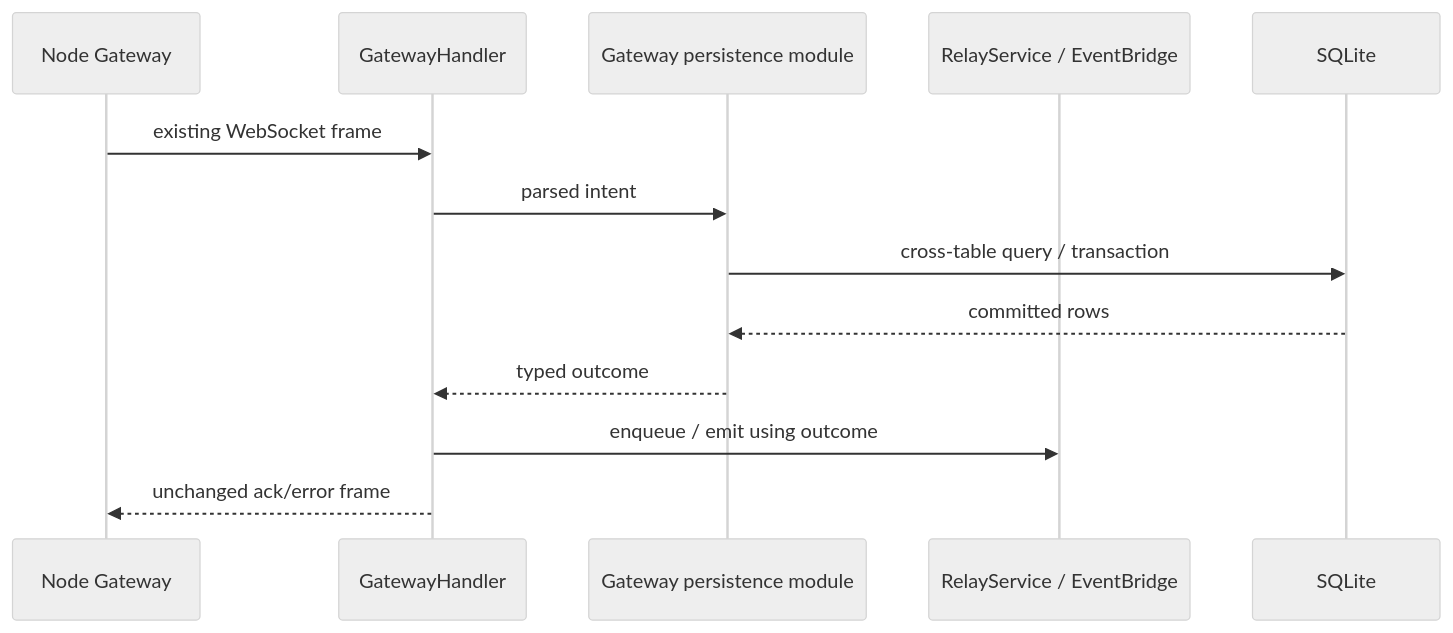
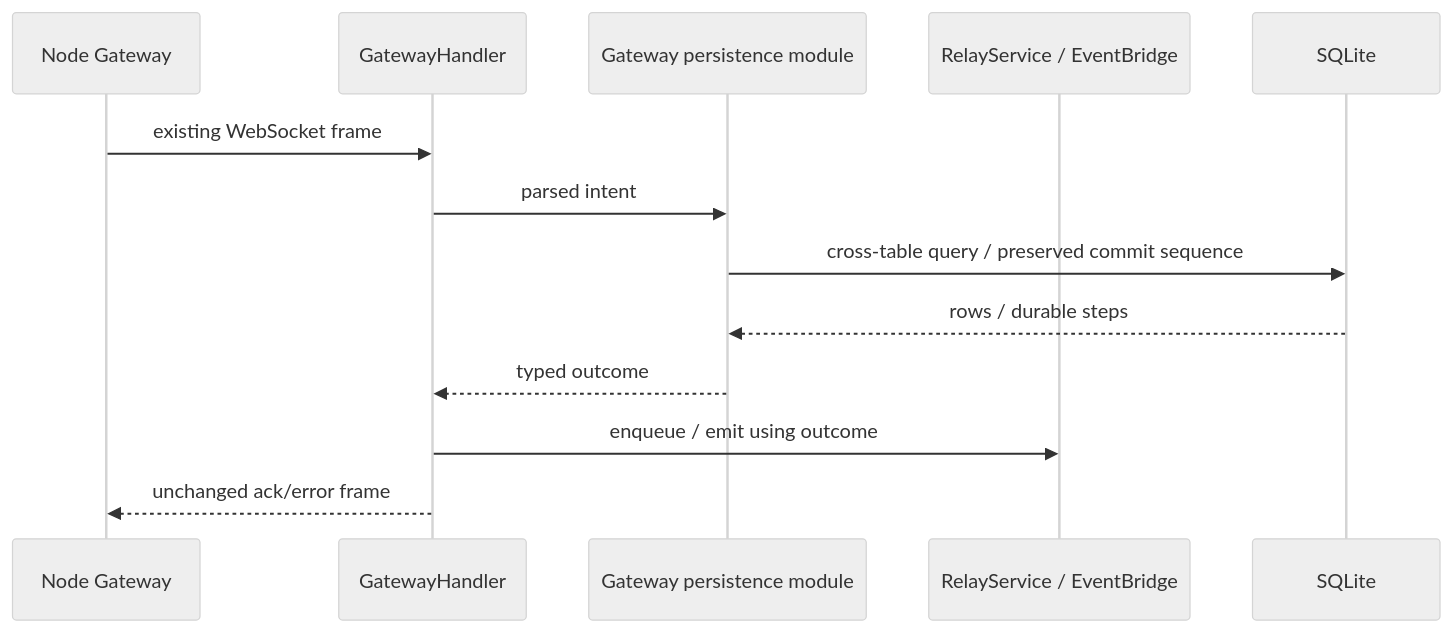
One commit to Mrchen116/nano-multiagent changed the fourth of 4 diagrams in docs/changes/refactor-459-im-persistence-depth/design.md. Above: the diagram before and after it, drawn with Mermaid (neutral theme). The commit also changed other lines of this file, not shown here.

````diff
--- a/docs/changes/refactor-459-im-persistence-depth/design.md
+++ b/docs/changes/refactor-459-im-persistence-depth/design.md
@@ -277,16 +307,16 @@
 ```mermaid
 sequenceDiagram
     participant GW as Node Gateway
     participant Handler as GatewayHandler
     participant Persist as Gateway persistence module
     participant Relay as RelayService / EventBridge
     participant DB as SQLite
 
     GW->>Handler: existing WebSocket frame
     Handler->>Persist: parsed intent
-    Persist->>DB: cross-table query / transaction
-    DB-->>Persist: committed rows
+    Persist->>DB: cross-table query / preserved commit sequence
+    DB-->>Persist: rows / durable steps
     Persist-->>Handler: typed outcome
     Handler->>Relay: enqueue / emit using outcome
     Handler-->>GW: unchanged ack/error frame
 ```
````
